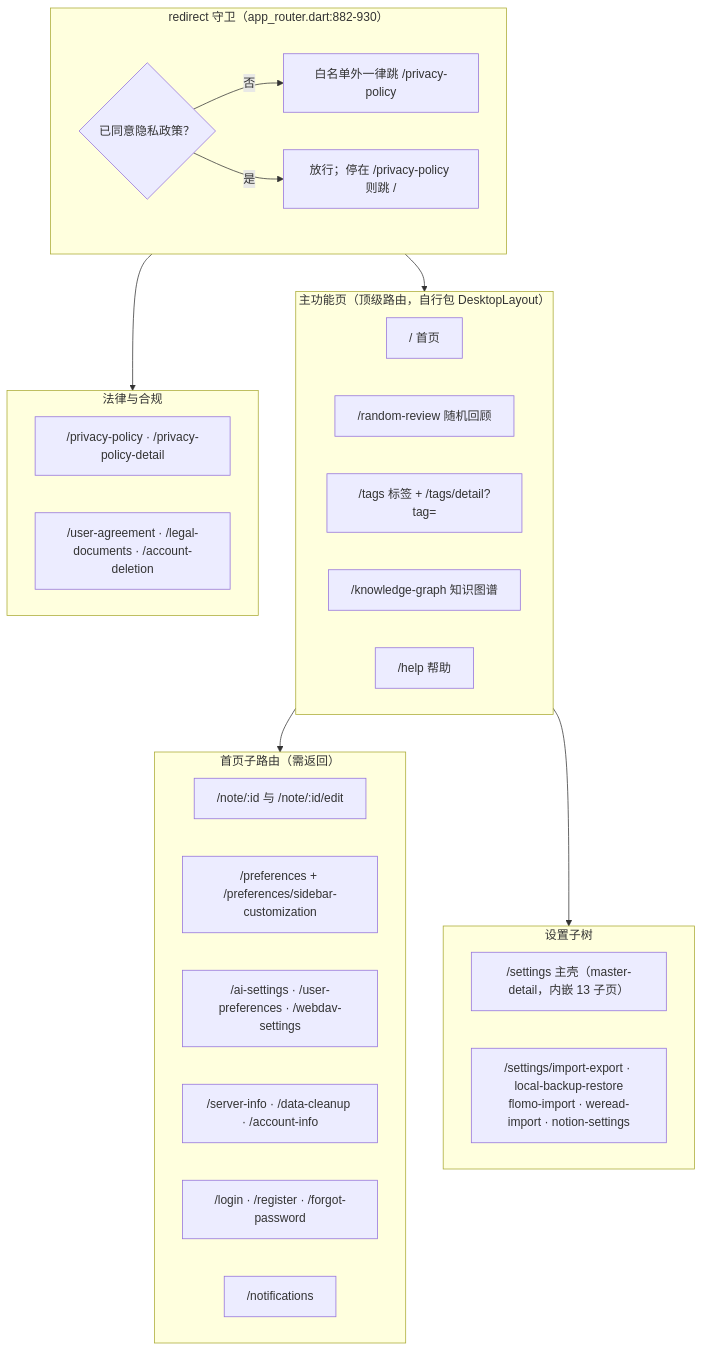
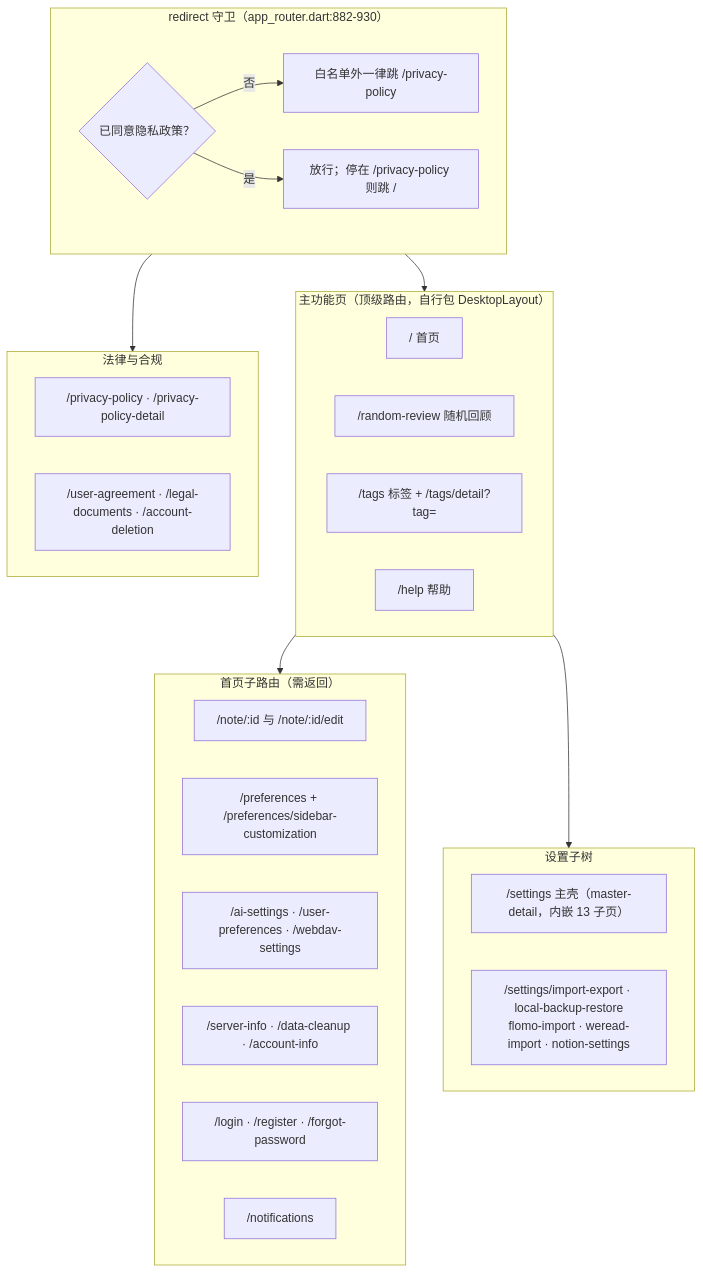
The fifth of 10 diagrams in docs/architecture/ARCHITECTURE_OVERVIEW.md (liudengxing/InkPaper), drawn with Mermaid before and after one commit. The commit also changed other lines of this file and 8 other files, not shown here.

First line of the commit message:
docs: 记 R-07 并清掉知识图谱的文档与站点文案

````diff
--- a/docs/architecture/ARCHITECTURE_OVERVIEW.md
+++ b/docs/architecture/ARCHITECTURE_OVERVIEW.md
@@ -231,44 +231,43 @@
 ```mermaid
 flowchart TB
     subgraph GATE["redirect 守卫（app_router.dart:882-930）"]
         direction LR
         G1{"已同意隐私政策？"} -->|否| G2["白名单外一律跳 /privacy-policy"]
         G1 -->|是| G3["放行；停在 /privacy-policy 则跳 /"]
     end
 
     subgraph MAIN["主功能页（顶级路由，自行包 DesktopLayout）"]
         direction LR
         M1["/ 首页"]
         M2["/random-review 随机回顾"]
         M3["/tags 标签 + /tags/detail?tag="]
-        M4["/knowledge-graph 知识图谱"]
         M5["/help 帮助"]
     end
 
     subgraph SUB["首页子路由（需返回）"]
         direction LR
         S1["/note/:id 与 /note/:id/edit"]
         S2["/preferences + /preferences/sidebar-customization"]
         S3["/ai-settings · /user-preferences · /webdav-settings"]
         S4["/server-info · /data-cleanup · /account-info"]
         S5["/login · /register · /forgot-password"]
         S6["/notifications"]
     end
 
     subgraph SET["设置子树"]
         direction LR
         T1["/settings 主壳（master-detail，内嵌 13 子页）"]
         T2["/settings/import-export · local-backup-restore<br/>flomo-import · weread-import · notion-settings"]
     end
 
     subgraph LEGAL["法律与合规"]
         direction LR
         L1["/privacy-policy · /privacy-policy-detail"]
         L2["/user-agreement · /legal-documents · /account-deletion"]
     end
 
     GATE --> MAIN
     MAIN --> SUB
     MAIN --> SET
     GATE --> LEGAL
 ```
````
